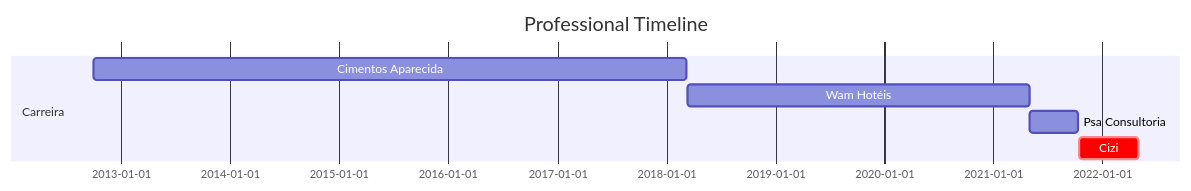
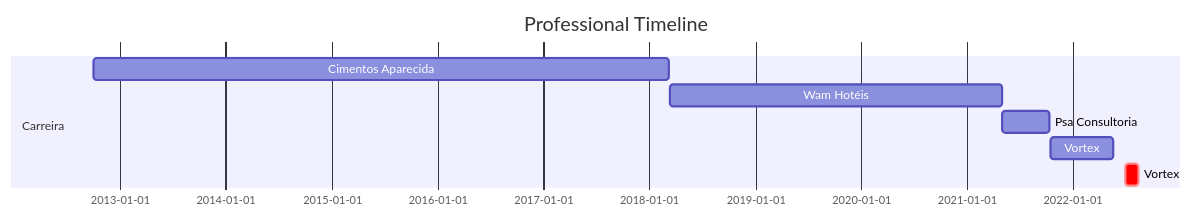
The diagram in README.md (Robisonnunes/RobisonNunes), drawn with Mermaid before and after one commit.

````diff
--- a/README.md
+++ b/README.md
@@ -15,14 +15,14 @@
 ```mermaid
 
 gantt
 dateFormat  YYYY-MM-DD
 title Professional Timeline
 
 section Carreira
 Cimentos Aparecida    :2012-10-01,2018-03-10
 Wam Hotéis            :2018-03-13,2021-04-30
 Psa Consultoria       :2021-05-03,2021-10-12
-Cizi                  :crit,2021-10-15,2022-05-01
-
+Vortex                :2021-10-15,2022-05-19
+Vortex                :crit,2022-07-01,2022-08-15
 
 ```
````
